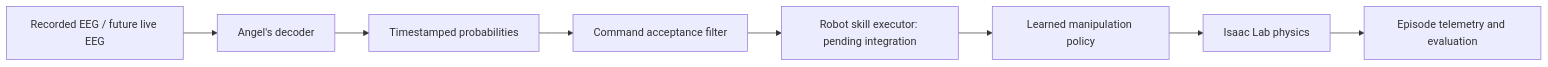
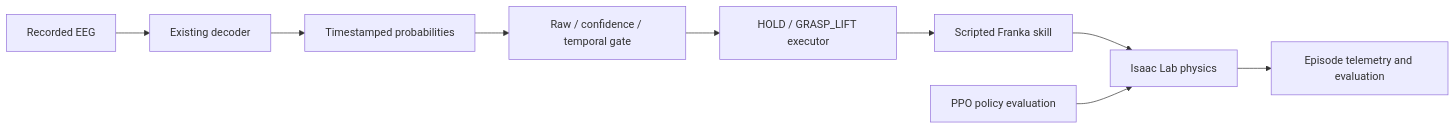
One commit to Mohnclizzy/FRI-BCI-ML-RL-Decoder-Personal changed the diagram in simulation/README.md. Above: the diagram before and after it, drawn with Mermaid. The commit also changed other lines of this file and 30 other files, not shown here.

````diff
--- a/simulation/README.md
+++ b/simulation/README.md
@@ -11,10 +10,11 @@
 ```mermaid
 flowchart LR
-  A[Recorded EEG / future live EEG] --> B[Angel's decoder]
+  A[Recorded EEG] --> B[Existing decoder]
   B --> C[Timestamped probabilities]
-  C --> D[Command acceptance filter]
-  D --> E[Robot skill executor: pending integration]
-  E --> F[Learned manipulation policy]
+  C --> D[Raw / confidence / temporal gate]
+  D --> E[HOLD / GRASP_LIFT executor]
+  E --> F[Scripted Franka skill]
   F --> G[Isaac Lab physics]
   G --> H[Episode telemetry and evaluation]
+  P[PPO policy evaluation] --> G
 ```
````
